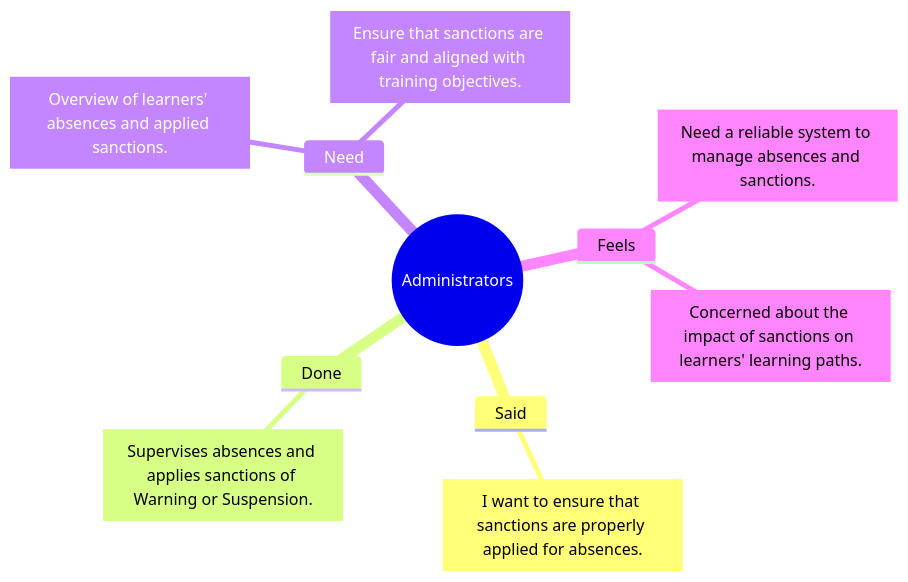
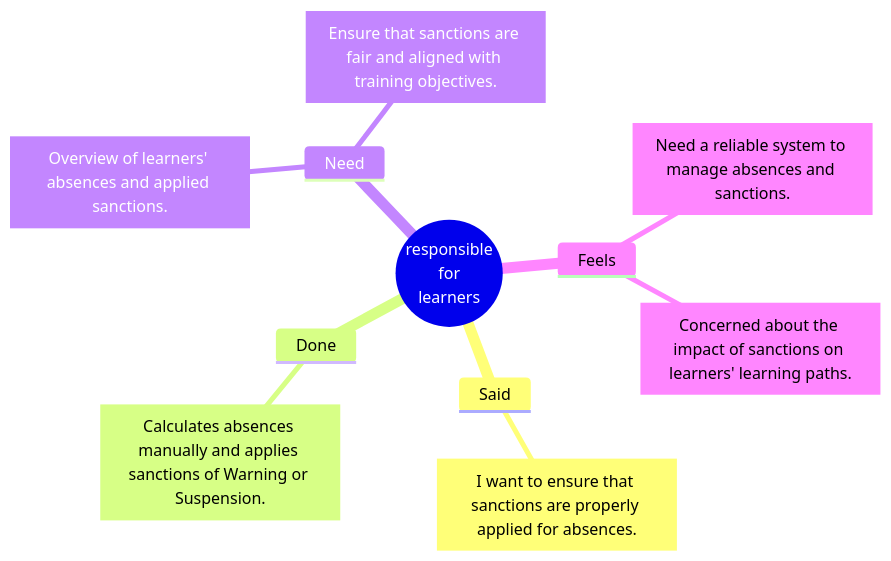
One commit to Tribak-Ayoub/Project-fil-rouge changed the diagram in Docs/Design Thinking/Empathy.mmd. Above: the diagram before and after it, drawn with Mermaid.

Commit message:
update the empathy

```diff
--- a/Docs/Design Thinking/Empathy.mmd
+++ b/Docs/Design Thinking/Empathy.mmd
@@ -1,12 +1,14 @@
 mindmap
-  root((Administrators))
+  root((responsible 
+         for 
+        learners))
     Said
       Said["I want to ensure that sanctions are properly applied for absences."]
     Done
-      Done["Supervises absences and applies sanctions of Warning or Suspension."]
+      Done["Calculates absences manually and applies sanctions of Warning or Suspension."]
     Need
       Need["Overview of learners' absences and applied sanctions."]
       Need["Ensure that sanctions are fair and aligned with training objectives."]
     Feels
       Feels["Need a reliable system to manage absences and sanctions."]
       Feels["Concerned about the impact of sanctions on learners' learning paths."]
```
